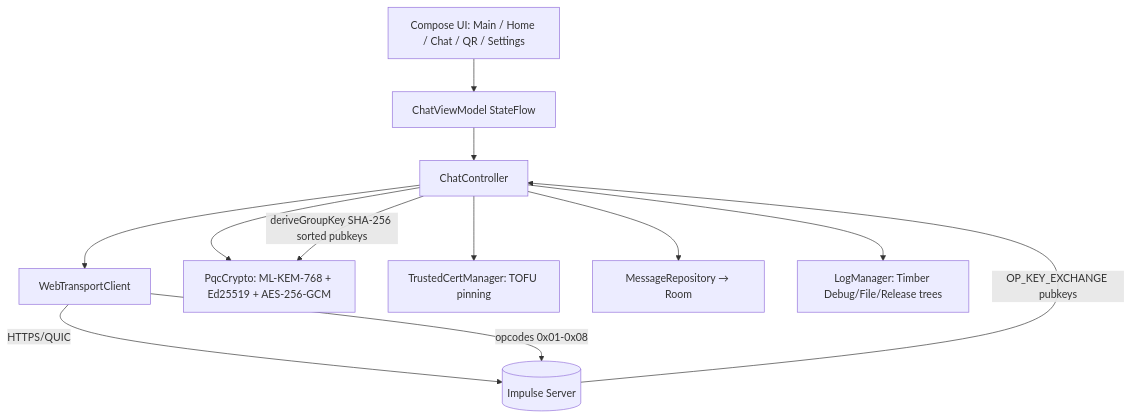
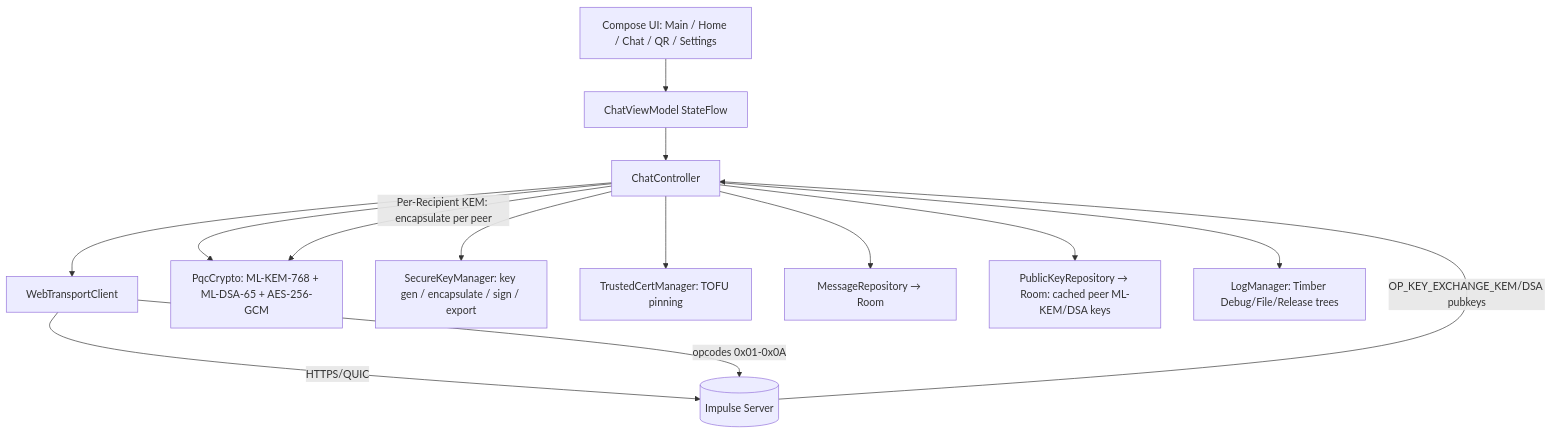
Before and after one commit to Oqune/Impulse-client: the first of 2 diagrams in README.md, drawn with Mermaid. The commit also changed other lines of this file, not shown here.

Commit message:
docs: update README with Per-Recipient KEM Wrapping architecture

````diff
--- a/README.md
+++ b/README.md
@@ -304,14 +348,16 @@
 ```mermaid
 flowchart TD
     UI[Compose UI: Main / Home / Chat / QR / Settings] --> VM[ChatViewModel StateFlow]
     VM --> CC[ChatController]
     CC --> WT[WebTransportClient]
     WT -->|HTTPS/QUIC| SRV[(Impulse Server)]
-    CC --> CRYPTO[PqcCrypto: ML-KEM-768 + Ed25519 + AES-256-GCM]
+    CC --> CRYPTO[PqcCrypto: ML-KEM-768 + ML-DSA-65 + AES-256-GCM]
+    CC --> SKM[SecureKeyManager: key gen / encapsulate / sign / export]
     CC --> CERT[TrustedCertManager: TOFU pinning]
     CC --> REPO[MessageRepository → Room]
+    CC --> PKR[PublicKeyRepository → Room: cached peer ML-KEM/DSA keys]
     CC --> LOG[LogManager: Timber Debug/File/Release trees]
-    WT -->|opcodes 0x01-0x08| SRV
-    SRV -->|OP_KEY_EXCHANGE pubkeys| CC
-    CC -->|deriveGroupKey SHA-256 sorted pubkeys| CRYPTO
+    WT -->|opcodes 0x01-0x0A| SRV
+    SRV -->|OP_KEY_EXCHANGE_KEM/DSA pubkeys| CC
+    CC -->|Per-Recipient KEM: encapsulate per peer| CRYPTO
 ```
````
